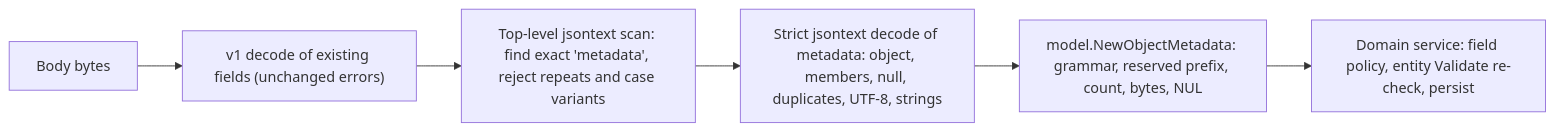
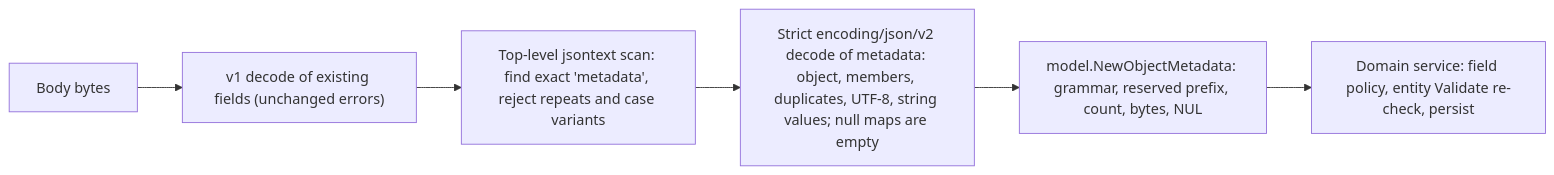
One commit to zalando-incubator/agentic-identity-broker changed the diagram in specs/20261127-093439-object-labels-annotations/data-model.md. Above: the diagram before and after it, drawn with Mermaid. The commit also changed other lines of this file and 15 other files, not shown here.

First line of the commit message:
feat: accept null metadata maps, fold annotation key case, decode with json/v2

````diff
--- a/specs/20261127-093439-object-labels-annotations/data-model.md
+++ b/specs/20261127-093439-object-labels-annotations/data-model.md
@@ -74,8 +76,8 @@
 ```mermaid
 flowchart LR
     B["Body bytes"] --> V1["v1 decode of existing fields (unchanged errors)"]
     V1 --> S["Top-level jsontext scan: find exact 'metadata', reject repeats and case variants"]
-    S --> P["Strict jsontext decode of metadata: object, members, null, duplicates, UTF-8, strings"]
+    S --> P["Strict encoding/json/v2 decode of metadata: object, members, duplicates, UTF-8, string values; null maps are empty"]
     P --> D["model.NewObjectMetadata: grammar, reserved prefix, count, bytes, NUL"]
     D --> SVC["Domain service: field policy, entity Validate re-check, persist"]
 ```
````
